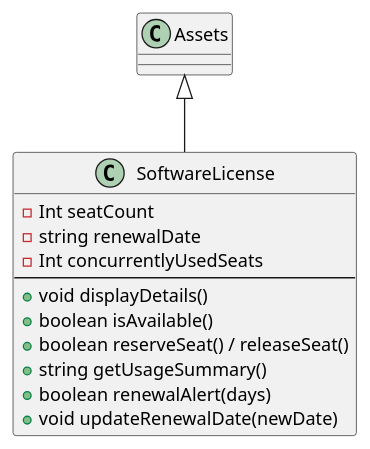
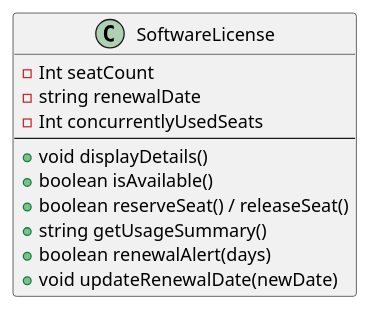
Before and after one commit to Farzaanw/Lab-Asset-Management-System: the diagram in design/class_diagrams/Class-6-Assets/SoftwareLicense.puml, drawn with PlantUML.

```diff
--- a/design/class_diagrams/Class-6-Assets/SoftwareLicense.puml
+++ b/design/class_diagrams/Class-6-Assets/SoftwareLicense.puml
@@ -1,14 +1,14 @@
 @startuml
-class SoftwareLicense extends Assets {
+class SoftwareLicense {
   - Int seatCount
   - string renewalDate
   - Int concurrentlyUsedSeats
   --
   + void displayDetails()
   + boolean isAvailable()
   + boolean reserveSeat() / releaseSeat()
   + string getUsageSummary()
   + boolean renewalAlert(days)
   + void updateRenewalDate(newDate)
 }
 @enduml
```
